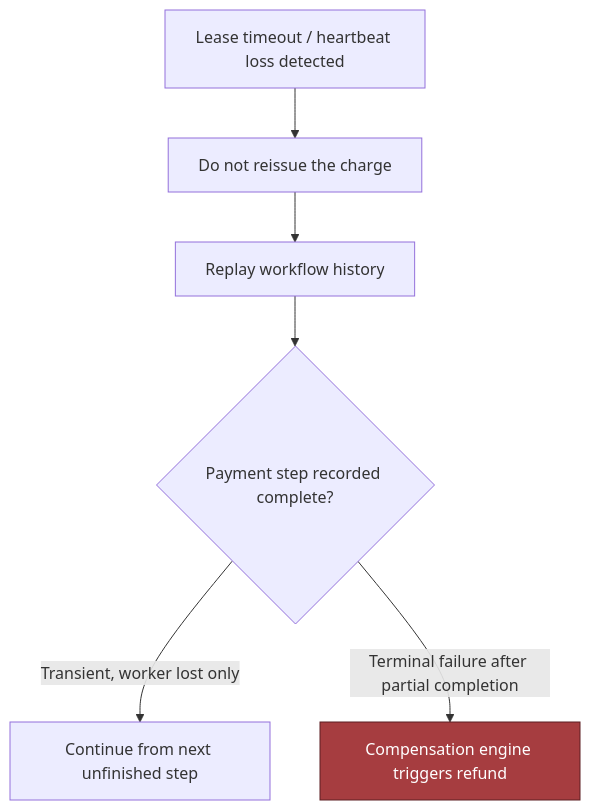
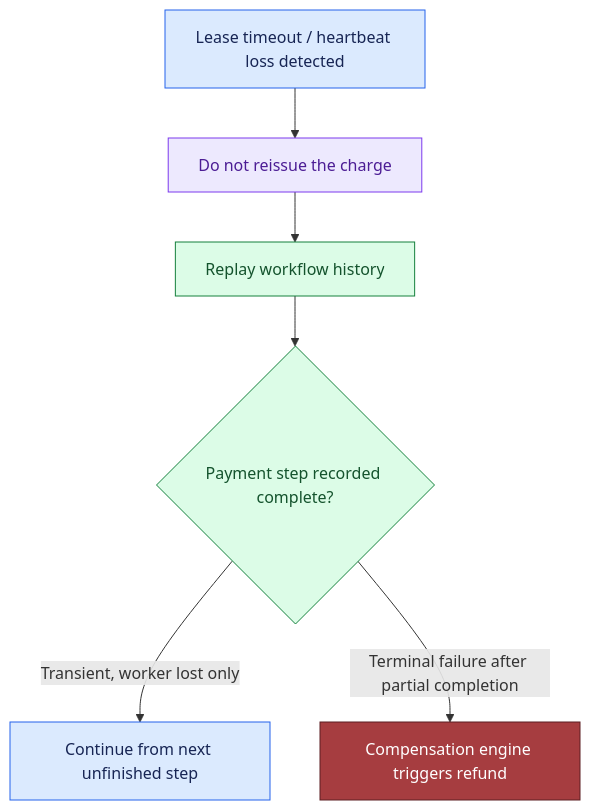
Before and after one commit to Sourav692/Forward-Deployed-Engineer-Interview-Prep: the first of 5 diagrams in site/content/modules/15-fde-case-studies/standalone-designs/reliable-workflow-orchestration/tutorial-v2-part-6.md, drawn with Mermaid. The commit also changed other lines of this file and 1268 other files, not shown here.

First line of the commit message:
content: polish Casebook writing and Mermaid diagrams (#251)

````diff
--- a/site/content/modules/15-fde-case-studies/standalone-designs/reliable-workflow-orchestration/tutorial-v2-part-6.md
+++ b/site/content/modules/15-fde-case-studies/standalone-designs/reliable-workflow-orchestration/tutorial-v2-part-6.md
@@ -38,9 +38,17 @@
 ```mermaid
 flowchart TD
   A["Lease timeout / heartbeat loss detected"] --> B["Do not reissue the charge"]
   B --> C["Replay workflow history"]
   C --> D{"Payment step recorded complete?"}
   D -->|"Transient, worker lost only"| E["Continue from next unfinished step"]
   D -->|"Terminal failure after partial completion"| F["Compensation engine triggers refund"]
   style F fill:#a63d40,stroke:#5c1f22,color:#fff
+
+    %% Casebook colours: entry, reasoning, results, controls, and stopped paths.
+    classDef cbInput fill:#dbeafe,stroke:#2563eb,color:#172554
+    class A,E cbInput
+    classDef cbReason fill:#ede9fe,stroke:#7c3aed,color:#4c1d95
+    class B,F cbReason
+    classDef cbAction fill:#dcfce7,stroke:#15803d,color:#14532d
+    class C,D cbAction
 ```
````
